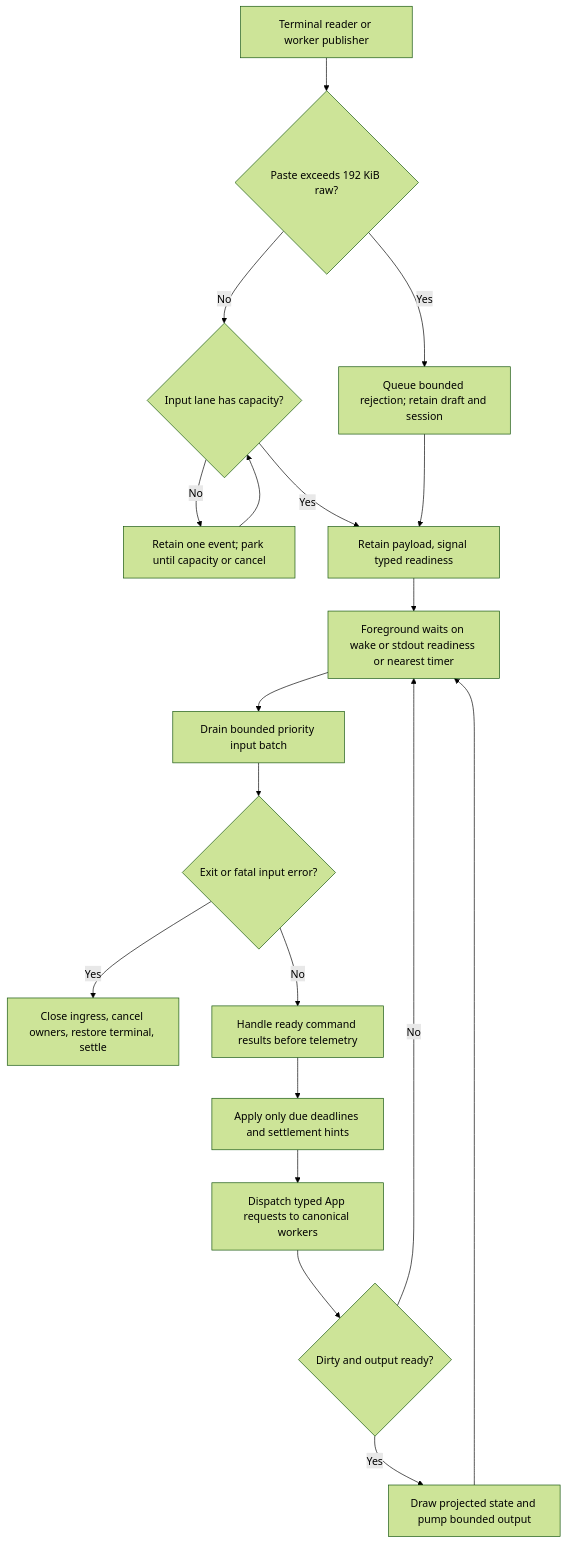
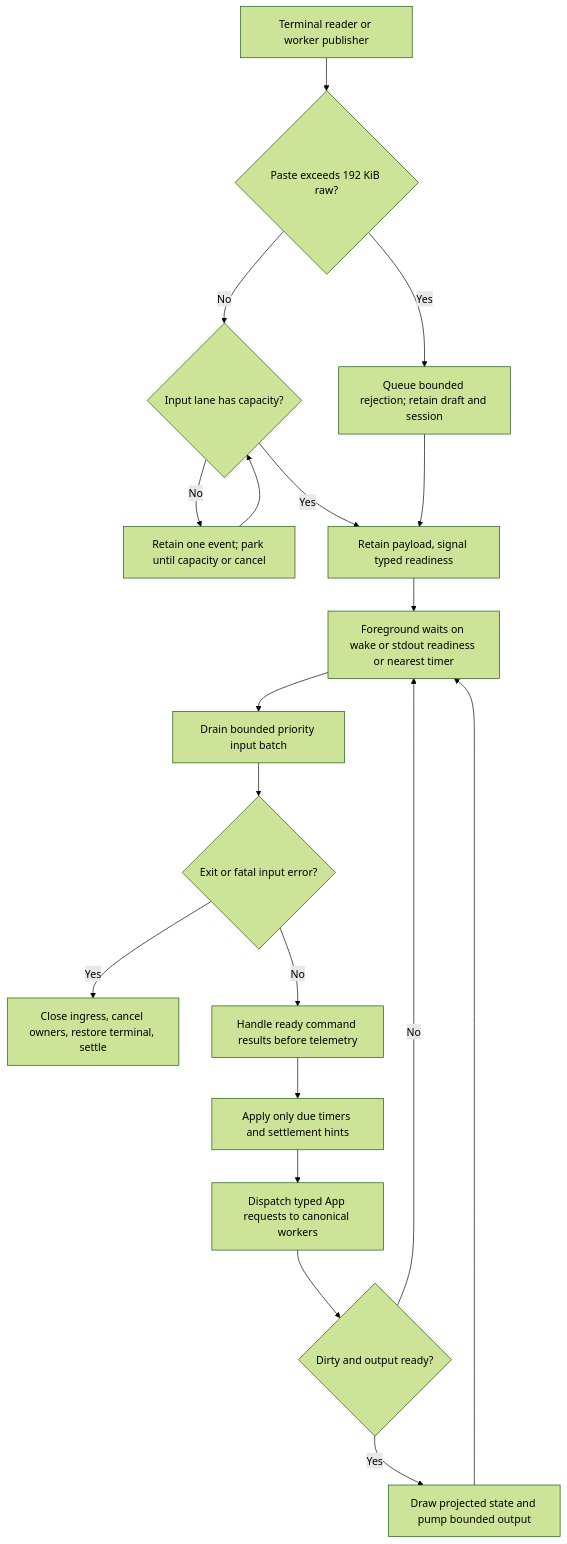
One commit to pidster/asura changed the second of 6 diagrams in docs/designs/event-routing.md. Above: the diagram before and after it, drawn with Mermaid (forest theme). The commit also changed other lines of this file and 39 other files, not shown here.

````diff
--- a/docs/designs/event-routing.md
+++ b/docs/designs/event-routing.md
@@ -158,21 +172,21 @@
 ```mermaid
 flowchart TD
     Source[Terminal reader or worker publisher] --> Bounds{Paste exceeds 192 KiB raw?}
     Bounds -->|Yes| Reject[Queue bounded rejection; retain draft and session]
     Bounds -->|No| Capacity{Input lane has capacity?}
     Capacity -->|No| Backpressure[Retain one event; park until capacity or cancel]
     Backpressure --> Capacity
     Capacity -->|Yes| Ready[Retain payload, signal typed readiness]
     Reject --> Ready
     Ready --> Wait[Foreground waits on wake or stdout readiness or nearest timer]
     Wait --> Input[Drain bounded priority input batch]
     Input --> Quit{Exit or fatal input error?}
     Quit -->|Yes| Stop[Close ingress, cancel owners, restore terminal, settle]
     Quit -->|No| Results[Handle ready command results before telemetry]
-    Results --> Timer[Apply only due deadlines and settlement hints]
+    Results --> Timer[Apply only due timers and settlement hints]
     Timer --> Commands[Dispatch typed App requests to canonical workers]
     Commands --> Draw{Dirty and output ready?}
     Draw -->|Yes| Render[Draw projected state and pump bounded output]
     Draw -->|No| Wait
     Render --> Wait
 ```
````
